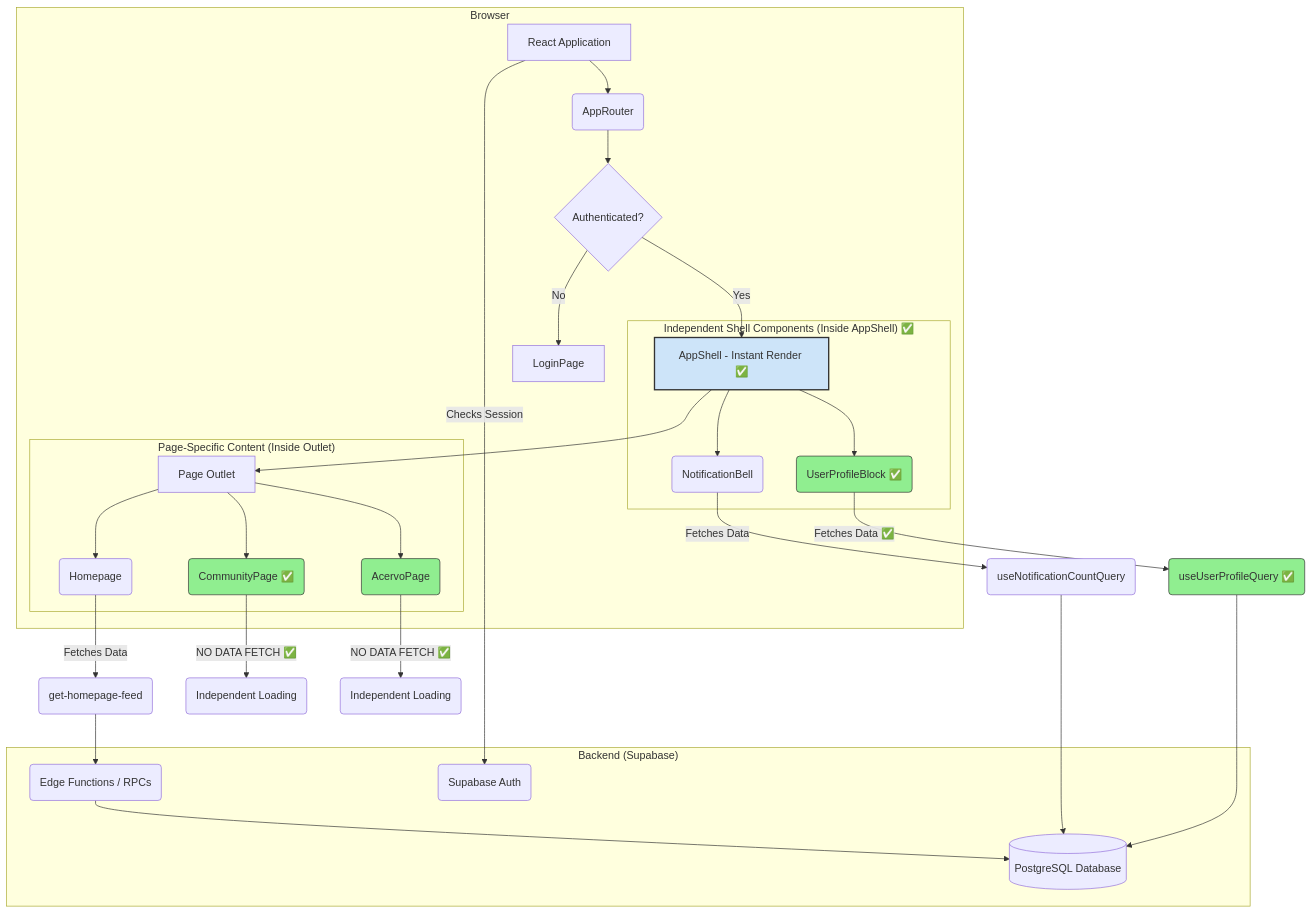
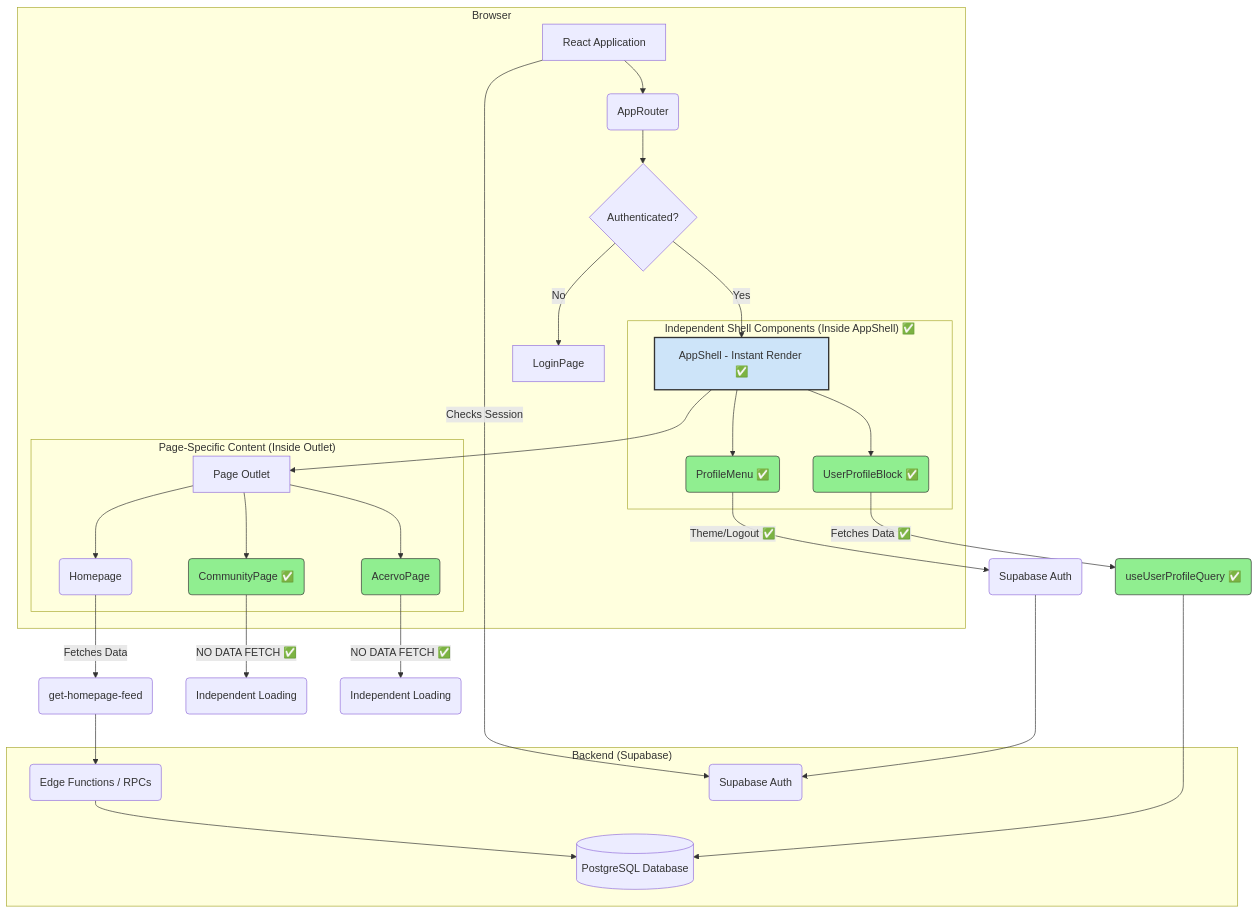
One commit to AltKhyin/app-documentation-compass changed the diagram in docs/README-BÍBLIA.md. Above: the diagram before and after it, drawn with Mermaid. The commit also changed other lines of this file, not shown here.

````diff
--- a/docs/README-BÍBLIA.md
+++ b/docs/README-BÍBLIA.md
@@ -286,48 +294,49 @@
 ```mermaid
 graph TD
     subgraph "Browser"
         A[React Application] --> B(AppRouter);
         B --> C{Authenticated?};
         C -- Yes --> D[AppShell - Instant Render ✅];
         C -- No --> LoginPage[LoginPage];
 
         D --> E[Page Outlet];
 
         subgraph "Page-Specific Content (Inside Outlet)"
             E --> P1(Homepage);
             E --> P2(CommunityPage ✅);
             E --> P3(AcervoPage);
         end
 
         subgraph "Independent Shell Components (Inside AppShell) ✅"
             D --> S1(UserProfileBlock ✅);
-            D --> S2(NotificationBell);
+            D --> S2(ProfileMenu ✅);
         end
     end
 
     subgraph "Backend (Supabase)"
         API(Edge Functions / RPCs)
         DB[(PostgreSQL Database)];
         Auth(Supabase Auth);
     end
 
     P1 -- Fetches Data --> F1(get-homepage-feed);
     P2 -- NO DATA FETCH ✅ --> F2(Independent Loading);
     P3 -- NO DATA FETCH ✅ --> F3(Independent Loading);
 
     S1 -- Fetches Data ✅ --> UQ(useUserProfileQuery ✅);
-    S2 -- Fetches Data --> NQ(useNotificationCountQuery);
+    S2 -- Theme/Logout ✅ --> AUTH(Supabase Auth);
 
     F1 --> API;
     UQ --> DB;
-    NQ --> DB;
+    AUTH --> Auth;
 
     API --> DB;
     A -- Checks Session --> Auth;
 
     style D fill:#cde4f9,stroke:#333,stroke-width:2px
     style P2 fill:#90EE90,stroke:#333
     style P3 fill:#90EE90,stroke:#333
     style S1 fill:#90EE90,stroke:#333
+    style S2 fill:#90EE90,stroke:#333
     style UQ fill:#90EE90,stroke:#333
 ```
````
